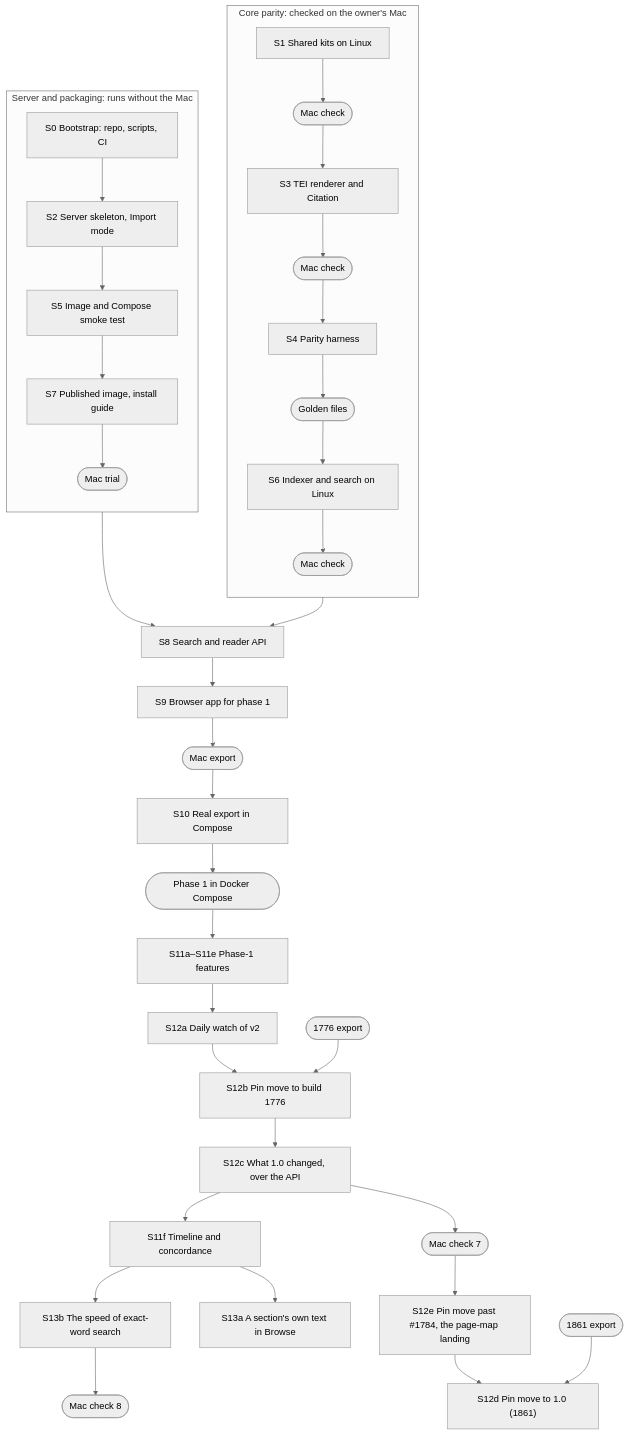
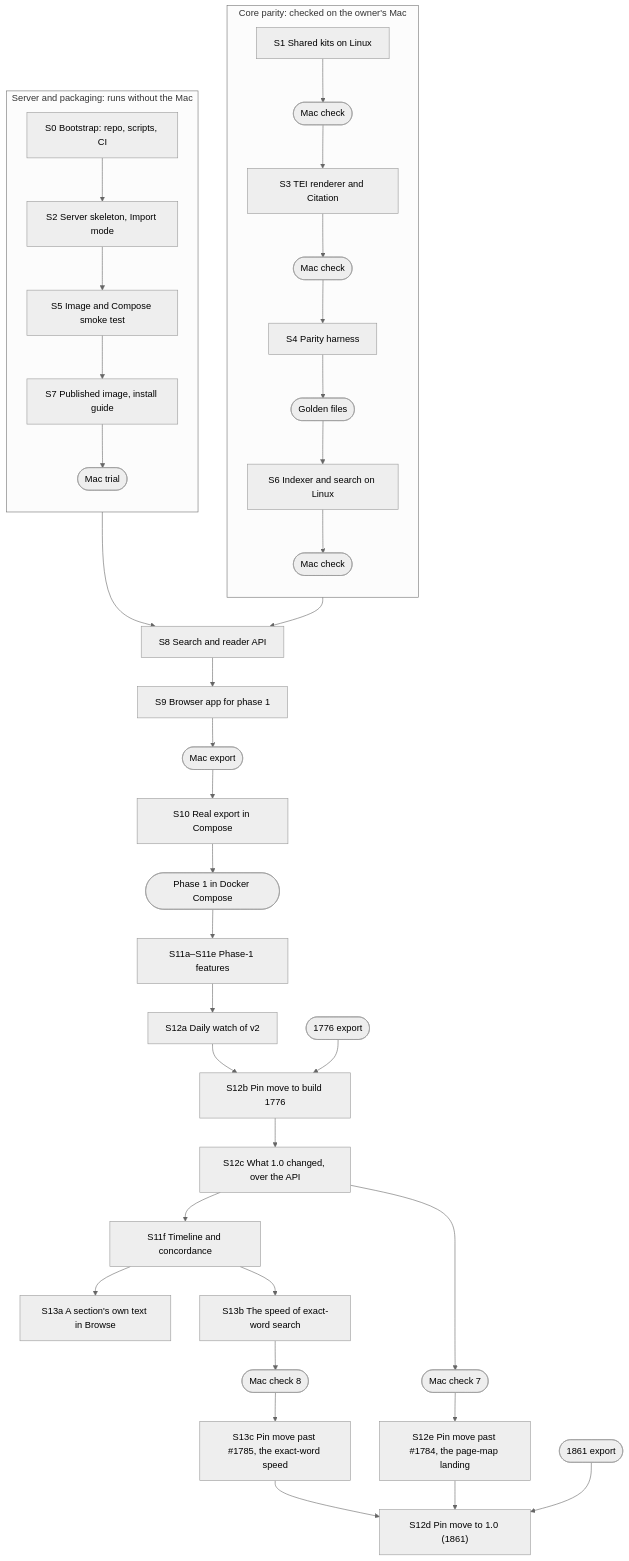
The diagram in docs/PLAN.md (joshbotts/FRUS-Explorer-Web-App), drawn with Mermaid (neutral theme) before and after one commit. The commit also changed other lines of this file and 6 other files, not shown here.

First line of the commit message:
S13c's records: the exact-word queries through the API at the new pin, the plan and its shared copy, SPEC, the install guide, COORDINATION, the prep note, the README's Status and the log

````diff
--- a/docs/PLAN.md
+++ b/docs/PLAN.md
@@ -121,21 +121,22 @@
 ```mermaid
 flowchart TB
   subgraph core["Core parity: checked on the owner's Mac"]
     direction TB
     S1["S1 Shared kits on Linux"] --> G1(["Mac check"]) --> S3["S3 TEI renderer and Citation"] --> G2(["Mac check"]) --> S4["S4 Parity harness"] --> G3(["Golden files"]) --> S6["S6 Indexer and search on Linux"] --> G4(["Mac check"])
   end
   subgraph server["Server and packaging: runs without the Mac"]
     direction TB
     S0["S0 Bootstrap: repo, scripts, CI"] --> S2["S2 Server skeleton, Import mode"] --> S5["S5 Image and Compose smoke test"] --> S7["S7 Published image, install guide"] --> G5(["Mac trial"])
   end
   G4 --> S8["S8 Search and reader API"]
   G5 --> S8
   S8 --> S9["S9 Browser app for phase 1"] --> G6(["Mac export"]) --> S10["S10 Real export in Compose"] --> M(["Phase 1 in Docker Compose"])
   M --> S11["S11a–S11e Phase-1 features"] --> S12a["S12a Daily watch of v2"] --> S12b["S12b Pin move to build 1776"] --> S12c["S12c What 1.0 changed, over the API"] --> S11f["S11f Timeline and concordance"]
   G7(["1776 export"]) --> S12b
   S12c --> G9(["Mac check 7"]) --> S12e["S12e Pin move past #1784, the page-map landing"]
   S12e --> S12d["S12d Pin move to 1.0 (1861)"]
   S11f --> S13a["S13a A section's own text in Browse"]
   S11f --> S13b["S13b The speed of exact-word search"] --> G10(["Mac check 8"])
+  G10 --> S13c["S13c Pin move past #1785, the exact-word speed"] --> S12d
   G8(["1861 export"]) --> S12d
 ```
````
